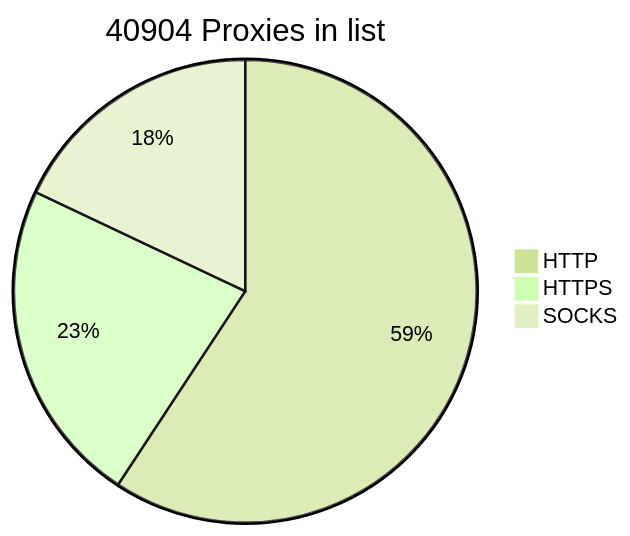
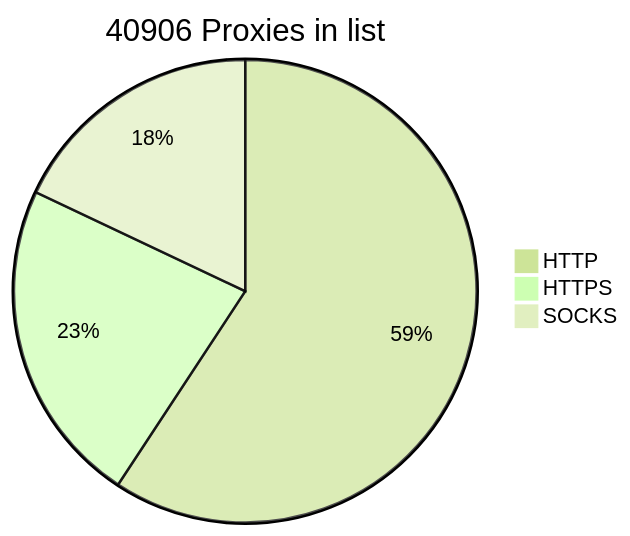
Before and after one commit to BlackSnowDot/proxylist-update-every-minute: the diagram in README.md, drawn with Mermaid (forest theme).

````diff
--- a/README.md
+++ b/README.md
@@ -2,6 +2,6 @@
 ```mermaid
-pie title 40904 Proxies in list
-    "HTTP" : 28546
-    "HTTPS": 10966
+pie title 40906 Proxies in list
+    "HTTP" : 28547
+    "HTTPS": 10967
     "SOCKS" : 8660
 ```
````
